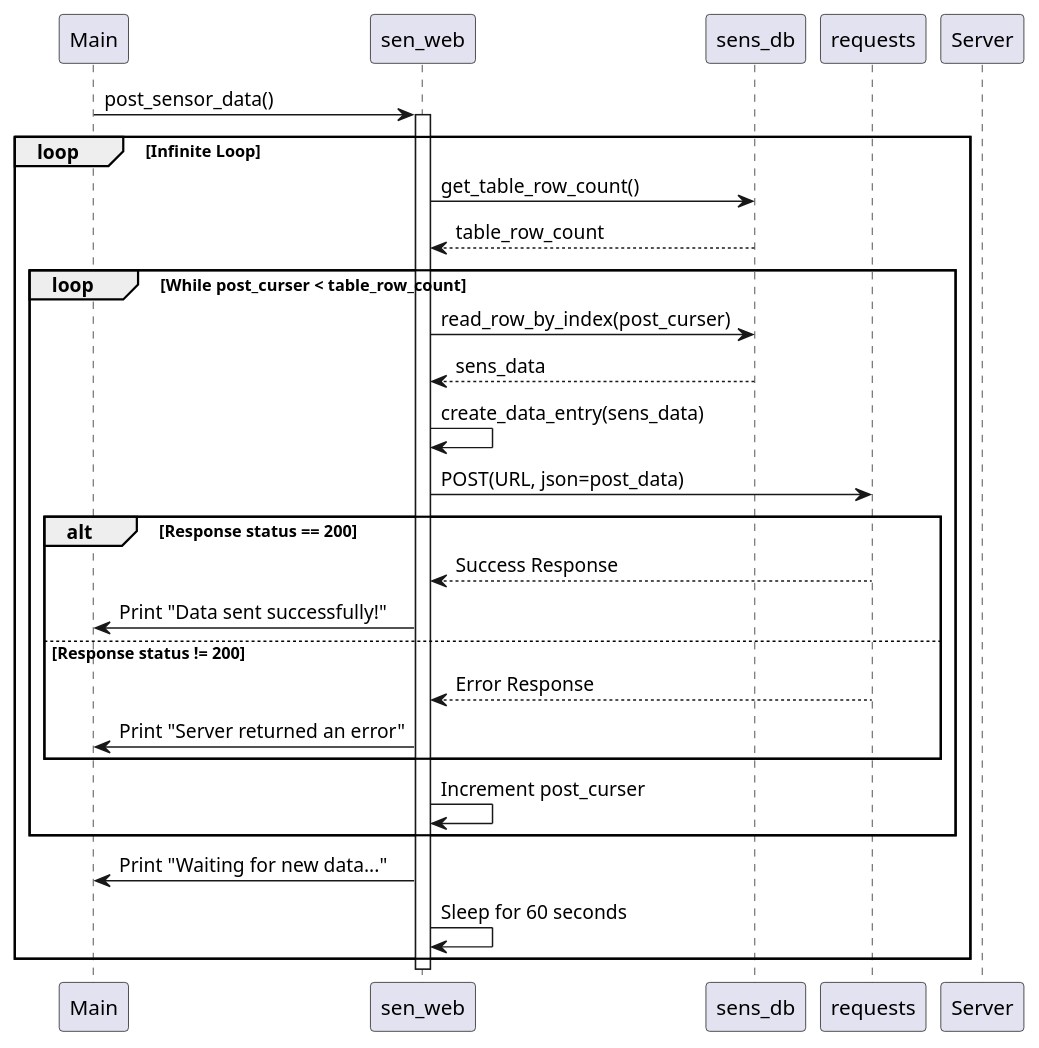
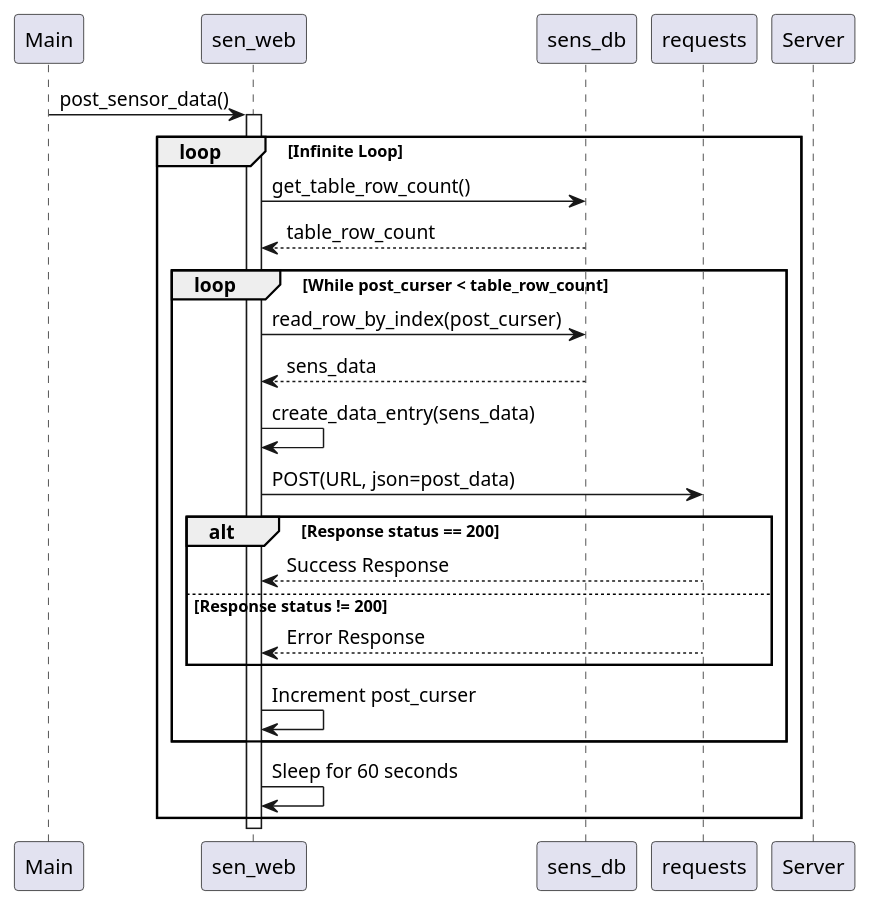
Before and after one commit to shawsuraj203/smart_home: the diagram in design/sens_Web.puml, drawn with PlantUML. The commit also changed 10 other files, not shown here.

Commit message:
uml updates.

```diff
--- a/design/sens_Web.puml
+++ b/design/sens_Web.puml
@@ -1,36 +1,32 @@
 @startuml
 participant Main
 participant sen_web
 participant sens_db
 participant requests
 participant Server
 
 Main -> sen_web: post_sensor_data()
 activate sen_web
 
 loop Infinite Loop
     sen_web -> sens_db: get_table_row_count()
     sens_db --> sen_web: table_row_count
 
     loop While post_curser < table_row_count
         sen_web -> sens_db: read_row_by_index(post_curser)
         sens_db --> sen_web: sens_data
 
         sen_web -> sen_web: create_data_entry(sens_data)
         sen_web -> requests: POST(URL, json=post_data)
         alt Response status == 200
             requests --> sen_web: Success Response
-            sen_web -> Main: Print "Data sent successfully!"
         else Response status != 200
             requests --> sen_web: Error Response
-            sen_web -> Main: Print "Server returned an error"
         end
 
         sen_web -> sen_web: Increment post_curser
     end
-
-    sen_web -> Main: Print "Waiting for new data..."
     sen_web -> sen_web: Sleep for 60 seconds
 end
 deactivate sen_web
 @enduml
```
